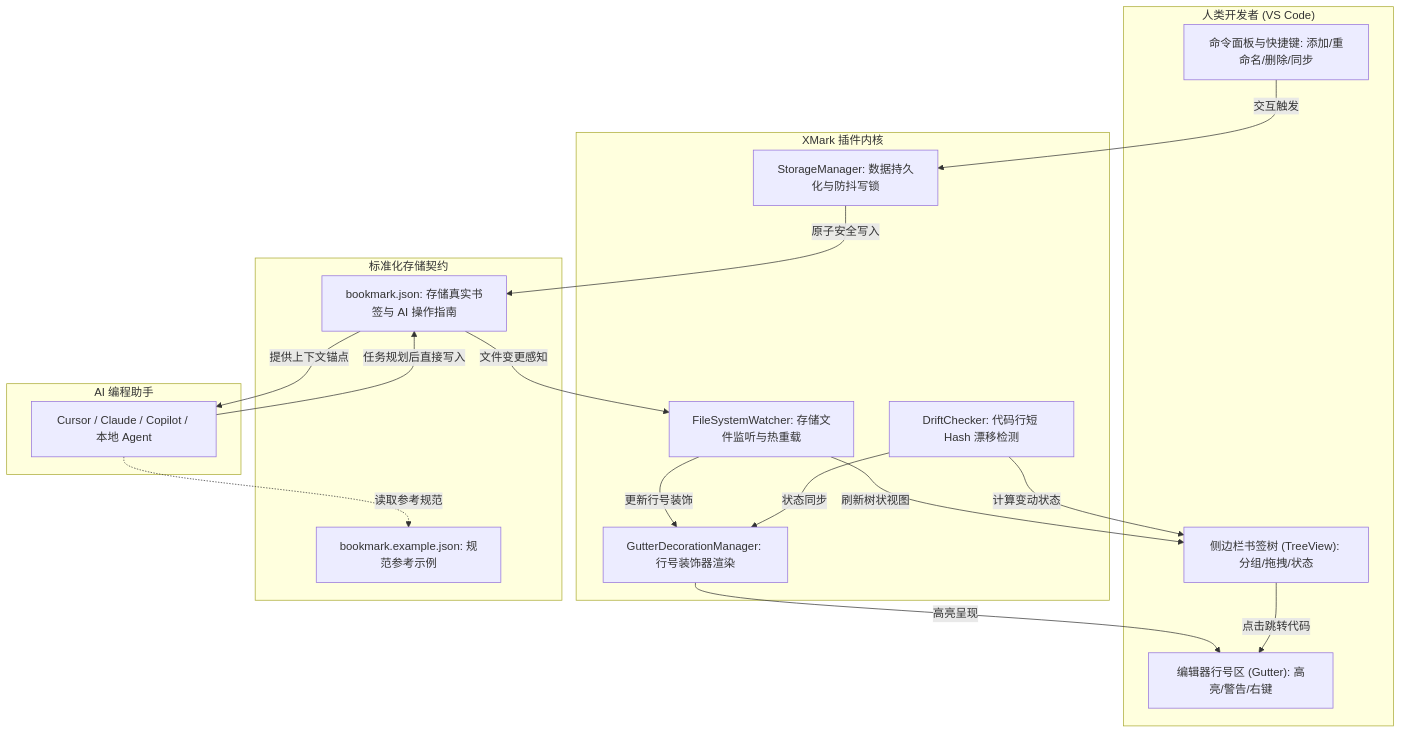
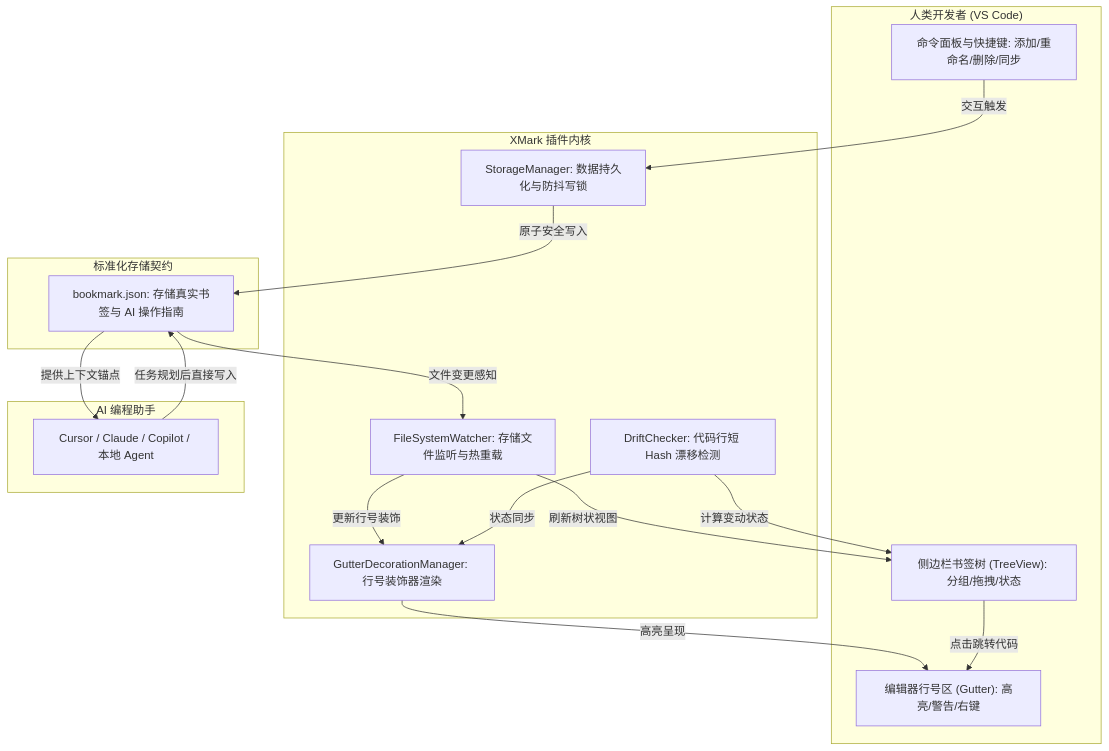
Before and after one commit to X-X-X-X-X-X-X-X-X-X-X-X-X/xmark: the diagram in README.md, drawn with Mermaid. The commit also changed other lines of this file and 10 other files, not shown here.

First line of the commit message:
feat(commands): 行号右键新增定位书签菜单，支持在侧边栏树视图展开并高亮定位

````diff
--- a/README.md
+++ b/README.md
@@ -91,38 +90,36 @@
 ```mermaid
 flowchart TD
     subgraph SG_User["人类开发者 (VS Code)"]
         UI_Gutter["编辑器行号区 (Gutter): 高亮/警告/右键"]
         UI_Tree["侧边栏书签树 (TreeView): 分组/拖拽/状态"]
         UI_Cmd["命令面板与快捷键: 添加/重命名/删除/同步"]
     end
 
     subgraph SG_Core["XMark 插件内核"]
         StorageMgr["StorageManager: 数据持久化与防抖写锁"]
         DriftChecker["DriftChecker: 代码行短 Hash 漂移检测"]
         GutterMgr["GutterDecorationManager: 行号装饰器渲染"]
         Watcher["FileSystemWatcher: 存储文件监听与热重载"]
     end
 
     subgraph SG_Storage["标准化存储契约"]
         File_JSON["bookmark.json: 存储真实书签与 AI 操作指南"]
-        File_Example["bookmark.example.json: 规范参考示例"]
     end
 
     subgraph SG_AI["AI 编程助手"]
         Agent["Cursor / Claude / Copilot / 本地 Agent"]
     end
 
     UI_Cmd -->|交互触发| StorageMgr
     StorageMgr -->|原子安全写入| File_JSON
     File_JSON -->|文件变更感知| Watcher
     Watcher -->|刷新树状视图| UI_Tree
     Watcher -->|更新行号装饰| GutterMgr
     DriftChecker -->|计算变动状态| UI_Tree
     DriftChecker -->|状态同步| GutterMgr
     GutterMgr -->|高亮呈现| UI_Gutter
     UI_Tree -->|点击跳转代码| UI_Gutter
 
     Agent -->|任务规划后直接写入| File_JSON
-    Agent -.->|读取参考规范| File_Example
     File_JSON -->|提供上下文锚点| Agent
 ```
````
